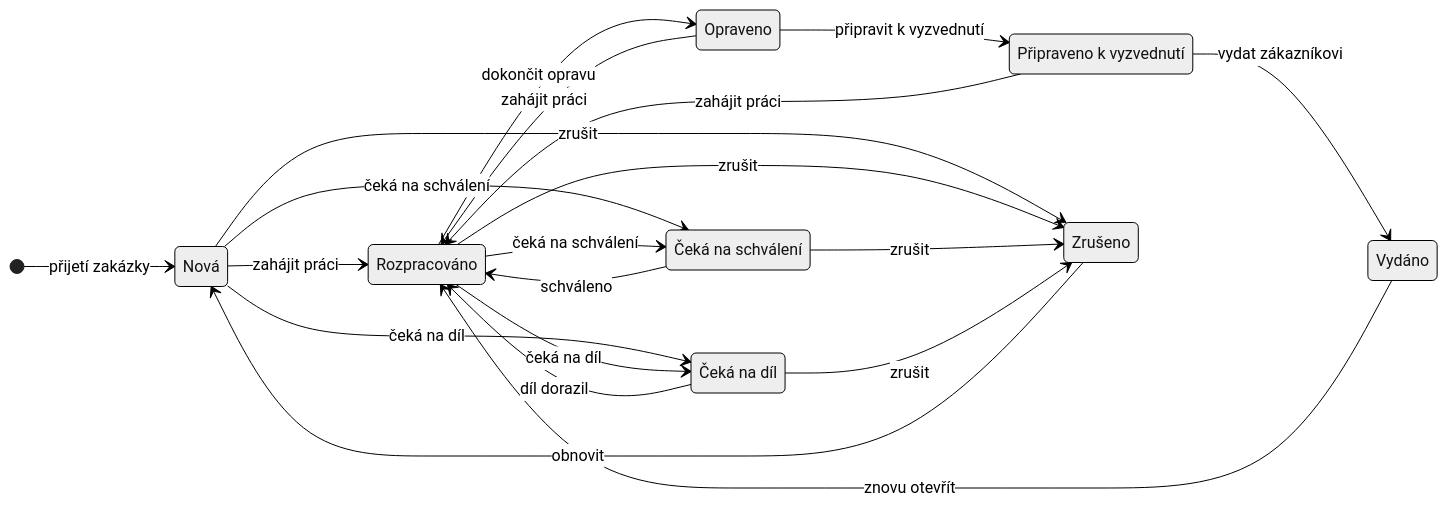
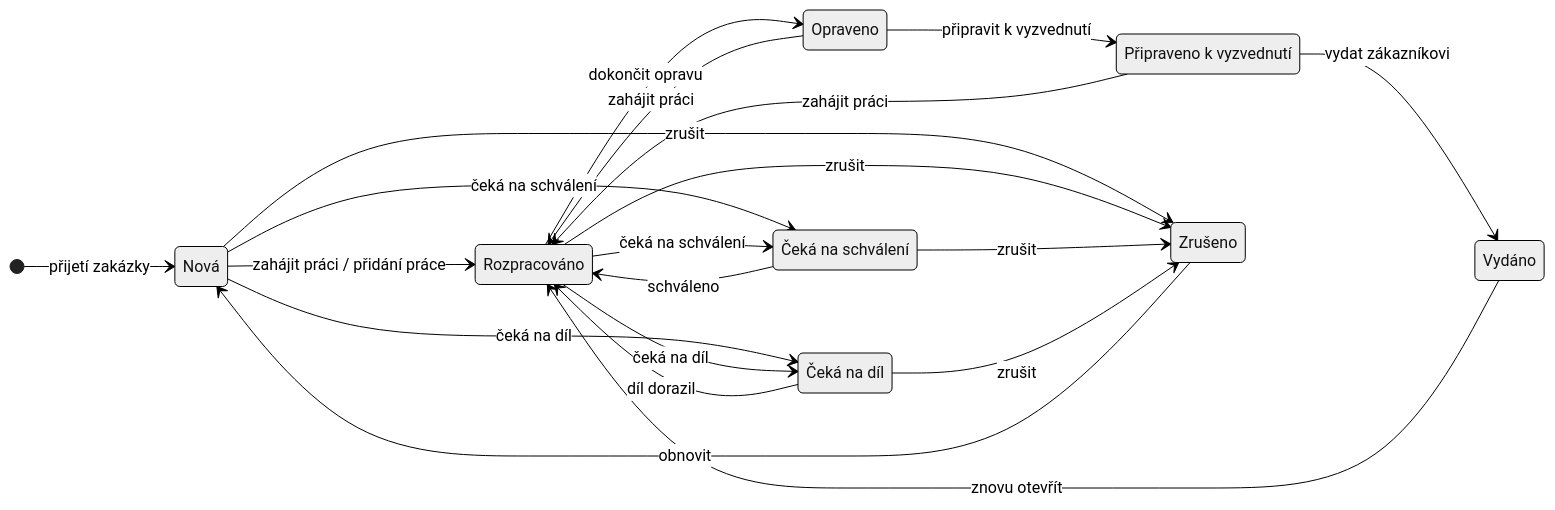
One commit to MajkyyQ/BusinessManager changed the diagram in docs/02-funkce.md. Above: the diagram before and after it, drawn with Mermaid (neutral theme). The commit also changed other lines of this file and 8 other files, not shown here.

````diff
--- a/docs/02-funkce.md
+++ b/docs/02-funkce.md
@@ -49,31 +51,31 @@
 ```mermaid
 stateDiagram-v2
     direction LR
     state "Nová" as Nova
     state "Rozpracováno" as Roz
     state "Čeká na schválení" as Schv
     state "Čeká na díl" as Dil
     state "Opraveno" as Opr
     state "Připraveno k vyzvednutí" as Prip
     state "Vydáno" as Vyd
     state "Zrušeno" as Zrus
     [*] --> Nova: přijetí zakázky
-    Nova --> Roz: zahájit práci
+    Nova --> Roz: zahájit práci / přidání práce
     Nova --> Schv: čeká na schválení
     Nova --> Dil: čeká na díl
     Roz --> Schv: čeká na schválení
     Roz --> Dil: čeká na díl
     Schv --> Roz: schváleno
     Dil --> Roz: díl dorazil
     Roz --> Opr: dokončit opravu
     Opr --> Prip: připravit k vyzvednutí
     Opr --> Roz: zahájit práci
     Prip --> Vyd: vydat zákazníkovi
     Prip --> Roz: zahájit práci
     Vyd --> Roz: znovu otevřít
     Nova --> Zrus: zrušit
     Roz --> Zrus: zrušit
     Schv --> Zrus: zrušit
     Dil --> Zrus: zrušit
     Zrus --> Nova: obnovit
 ```
````
